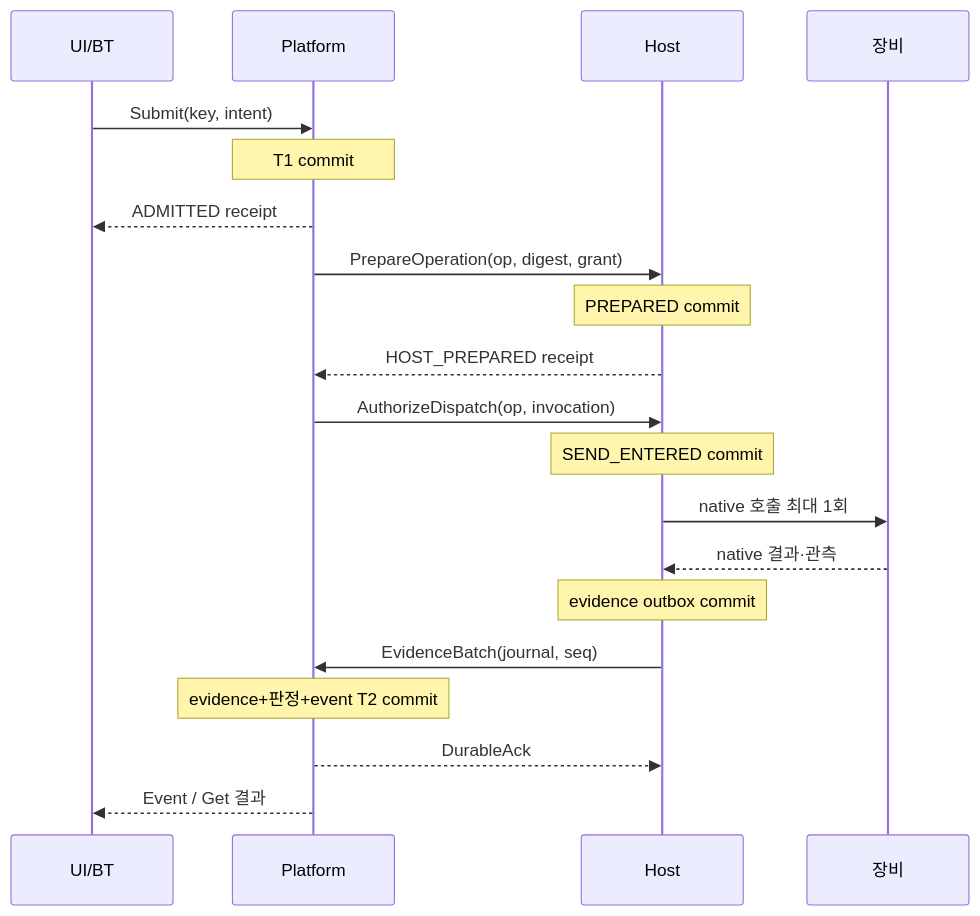
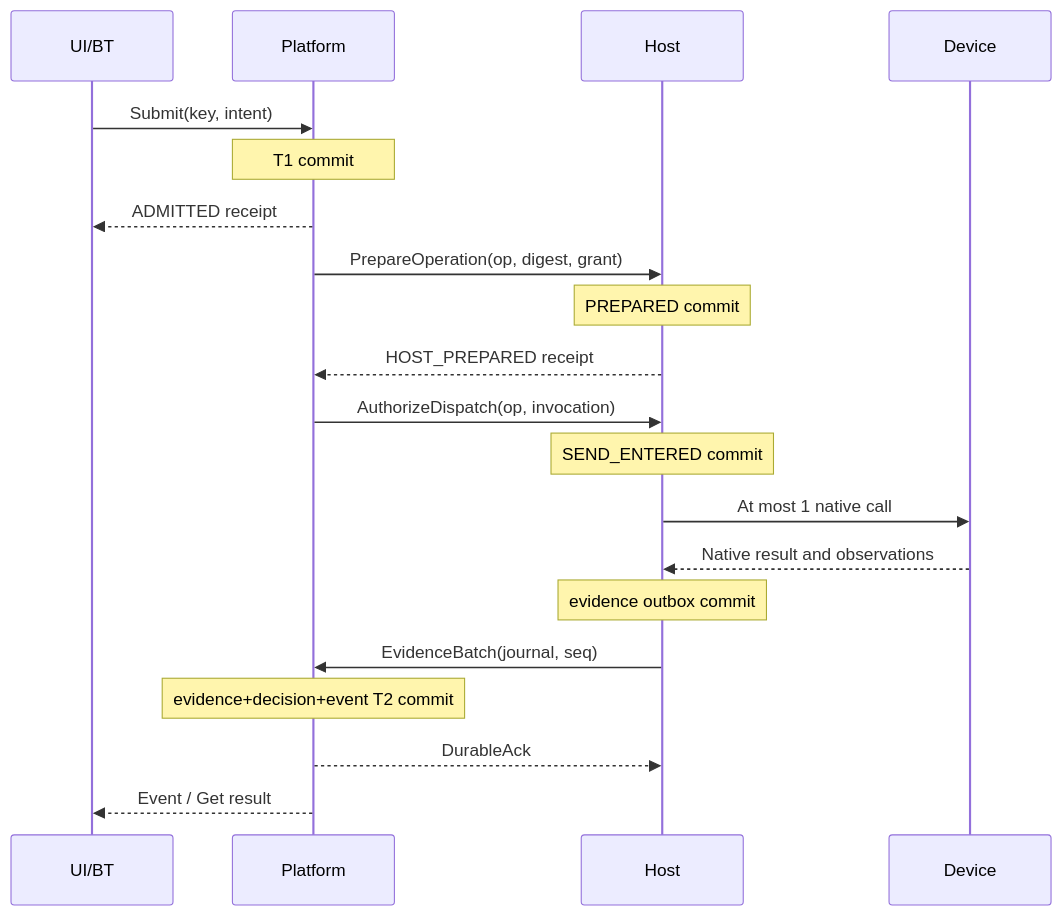
The diagram in spec/contracts/v1.0/03_data_and_protocol.md (jack0682/rx-platform), drawn with Mermaid before and after one commit. The commit also changed other lines of this file and 103 other files, not shown here.

````diff
--- a/spec/contracts/v1.0/03_data_and_protocol.md
+++ b/spec/contracts/v1.0/03_data_and_protocol.md
@@ -156,22 +156,22 @@
 ```mermaid
 sequenceDiagram
   participant B as UI/BT
   participant P as Platform
   participant H as Host
-  participant D as 장비
+  participant D as Device
   B->>P: Submit(key, intent)
   Note over P: T1 commit
   P-->>B: ADMITTED receipt
   P->>H: PrepareOperation(op, digest, grant)
   Note over H: PREPARED commit
   H-->>P: HOST_PREPARED receipt
   P->>H: AuthorizeDispatch(op, invocation)
   Note over H: SEND_ENTERED commit
-  H->>D: native 호출 최대 1회
-  D-->>H: native 결과·관측
+  H->>D: At most 1 native call
+  D-->>H: Native result and observations
   Note over H: evidence outbox commit
   H->>P: EvidenceBatch(journal, seq)
-  Note over P: evidence+판정+event T2 commit
+  Note over P: evidence+decision+event T2 commit
   P-->>H: DurableAck
-  P-->>B: Event / Get 결과
+  P-->>B: Event / Get result
 ```
````
